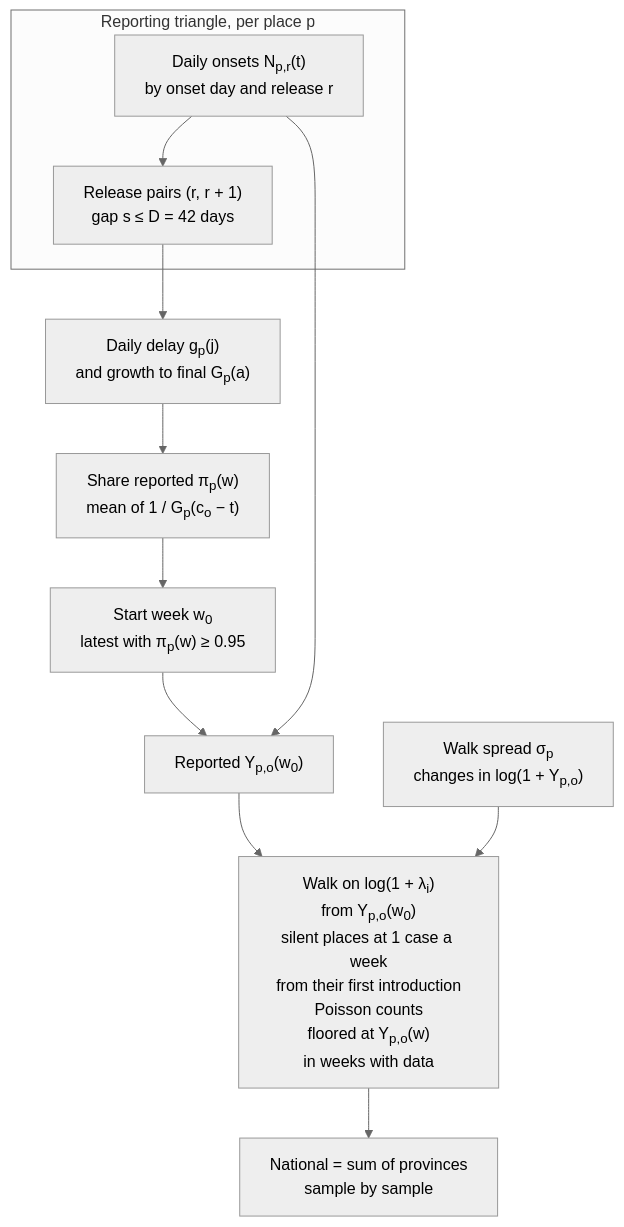
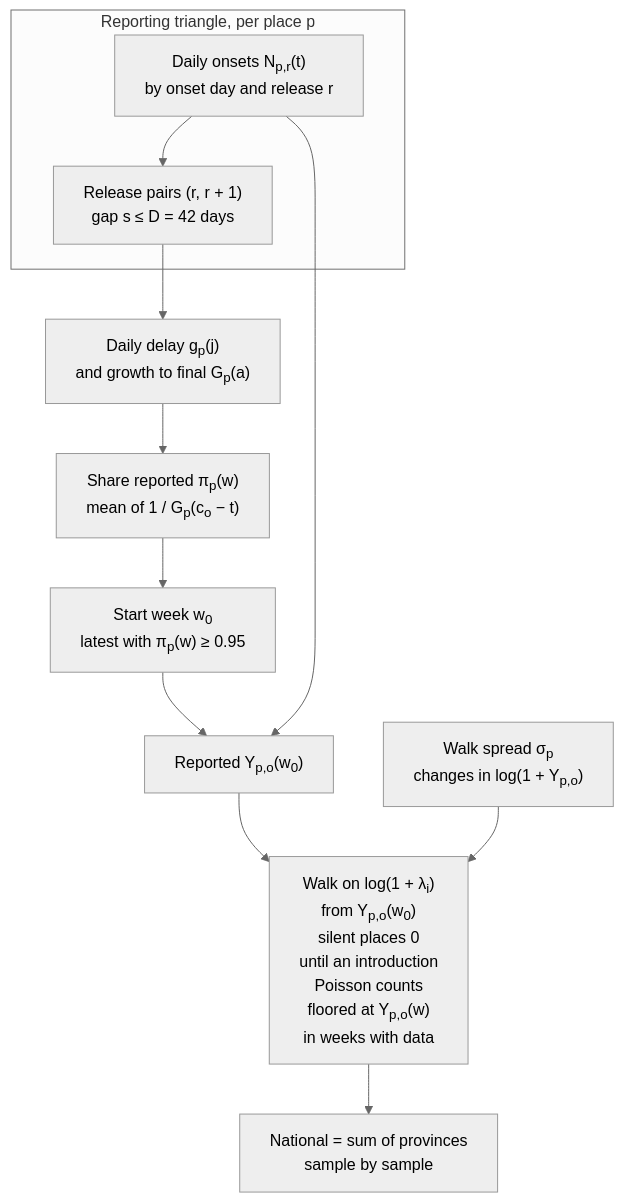
Before and after one commit to seabbs/BDBVHubRenewal: the second of 2 diagrams in docs/methods/baselines.md, drawn with Mermaid (neutral theme). The commit also changed other lines of this file and 3 other files, not shown here.

First line of the commit message:
Walk randomwalknowcast as a local level from its latest reliable week

````diff
--- a/docs/methods/baselines.md
+++ b/docs/methods/baselines.md
@@ -48,24 +48,24 @@
 ```mermaid
 flowchart TD
     subgraph TRI["Reporting triangle, per place p"]
         SNAP["Daily onsets N<sub>p,r</sub>(t)<br/>by onset day and release r"]
         PAIR["Release pairs (r, r + 1)<br/>gap s ≤ D = 42 days"]
     end
     DEL["Daily delay g<sub>p</sub>(j)<br/>and growth to final G<sub>p</sub>(a)"]
     PI["Share reported π<sub>p</sub>(w)<br/>mean of 1 / G<sub>p</sub>(c<sub>o</sub> − t)"]
     W0["Start week w<sub>0</sub><br/>latest with π<sub>p</sub>(w) ≥ 0.95"]
     Y["Reported Y<sub>p,o</sub>(w<sub>0</sub>)"]
     SIG["Walk spread σ<sub>p</sub><br/>changes in log(1 + Y<sub>p,o</sub>)"]
-    W["Walk on log(1 + λ<sub>i</sub>)<br/>from Y<sub>p,o</sub>(w<sub>0</sub>)<br/>silent places at 1 case a week<br/>from their first introduction<br/>Poisson counts<br/>floored at Y<sub>p,o</sub>(w)<br/>in weeks with data"]
+    W["Walk on log(1 + λ<sub>i</sub>)<br/>from Y<sub>p,o</sub>(w<sub>0</sub>)<br/>silent places 0<br/>until an introduction<br/>Poisson counts<br/>floored at Y<sub>p,o</sub>(w)<br/>in weeks with data"]
     NAT["National = sum of provinces<br/>sample by sample"]
 
     SNAP --> PAIR
     PAIR --> DEL
     DEL --> PI
     PI --> W0
     W0 --> Y
     SNAP --> Y
     Y --> W
     SIG --> W
     W --> NAT
 ```
````
